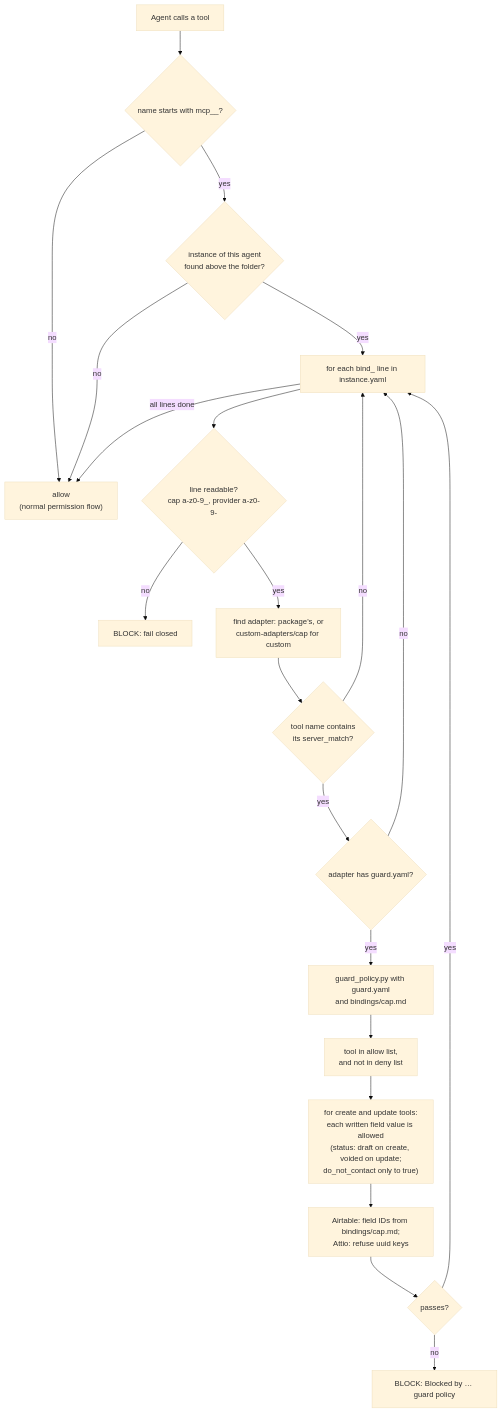
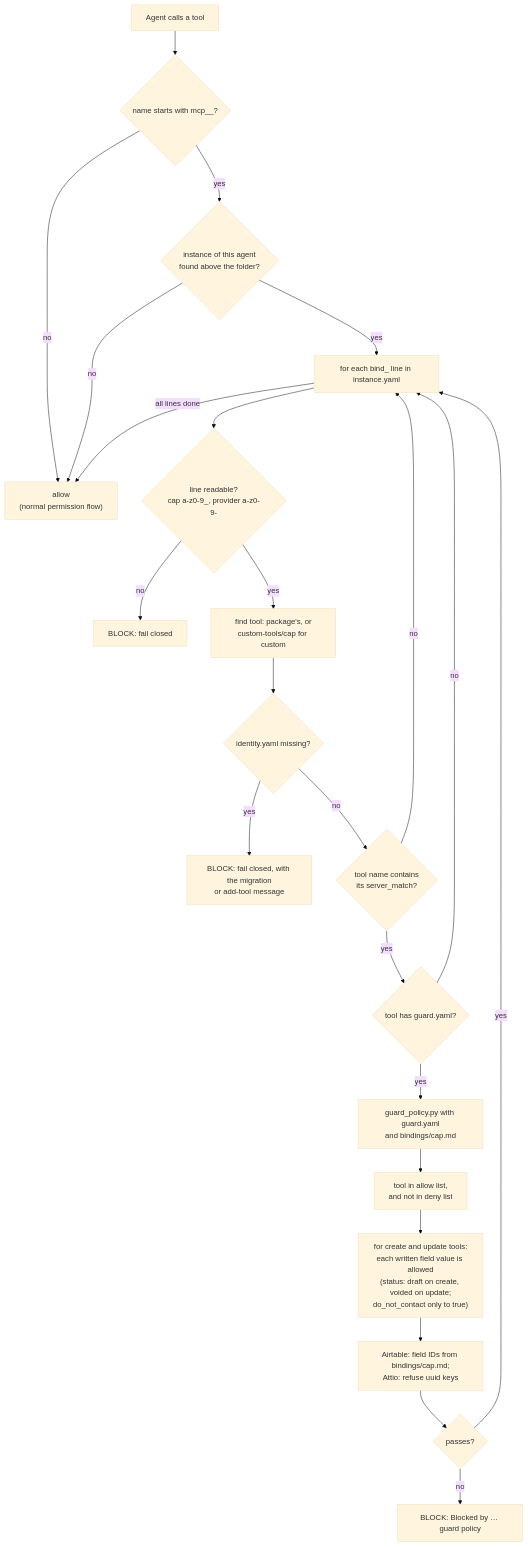
One commit to webspenser/agent-builder changed the fourth of 6 diagrams in docs/how-it-works.md. Above: the diagram before and after it, drawn with Mermaid (base theme). The commit also changed other lines of this file and 10 other files, not shown here.

````diff
--- a/docs/how-it-works.md
+++ b/docs/how-it-works.md
@@ -174,23 +173,25 @@
 ```mermaid
 flowchart TD
   C["Agent calls a tool"] --> MC{"name starts with mcp__?"}
   MC -- no --> OK["allow<br/>(normal permission flow)"]
   MC -- yes --> I{"instance of this agent<br/>found above the folder?"}
   I -- no --> OK
   I -- yes --> B["for each bind_ line in instance.yaml"]
   B --> R{"line readable?<br/>cap a-z0-9_, provider a-z0-9-"}
   R -- no --> BL["BLOCK: fail closed"]
-  R -- yes --> AD["find adapter: package's, or<br/>custom-adapters/cap for custom"]
-  AD --> SM{"tool name contains<br/>its server_match?"}
+  R -- yes --> AD["find tool: package's, or<br/>custom-tools/cap for custom"]
+  AD --> ID{"identity.yaml missing?"}
+  ID -- yes --> BL3["BLOCK: fail closed, with the migration<br/>or add-tool message"]
+  ID -- no --> SM{"tool name contains<br/>its server_match?"}
   SM -- no --> B
-  SM -- yes --> GY{"adapter has guard.yaml?"}
+  SM -- yes --> GY{"tool has guard.yaml?"}
   GY -- no --> B
   GY -- yes --> E["guard_policy.py with guard.yaml<br/>and bindings/cap.md"]
   E --> E1["tool in allow list,<br/>and not in deny list"]
   E1 --> E2["for create and update tools:<br/>each written field value is allowed<br/>(status: draft on create, voided on update;<br/>do_not_contact only to true)"]
   E2 --> E3["Airtable: field IDs from bindings/cap.md;<br/>Attio: refuse uuid keys"]
   E3 --> D{"passes?"}
   D -- no --> BL2["BLOCK: Blocked by … guard policy"]
   D -- yes --> B
   B -- all lines done --> OK
 ```
````
